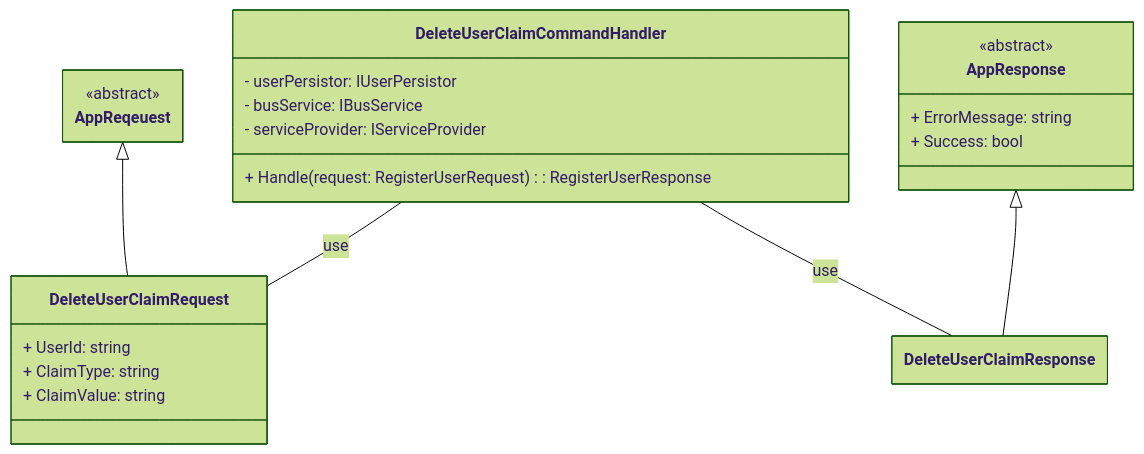
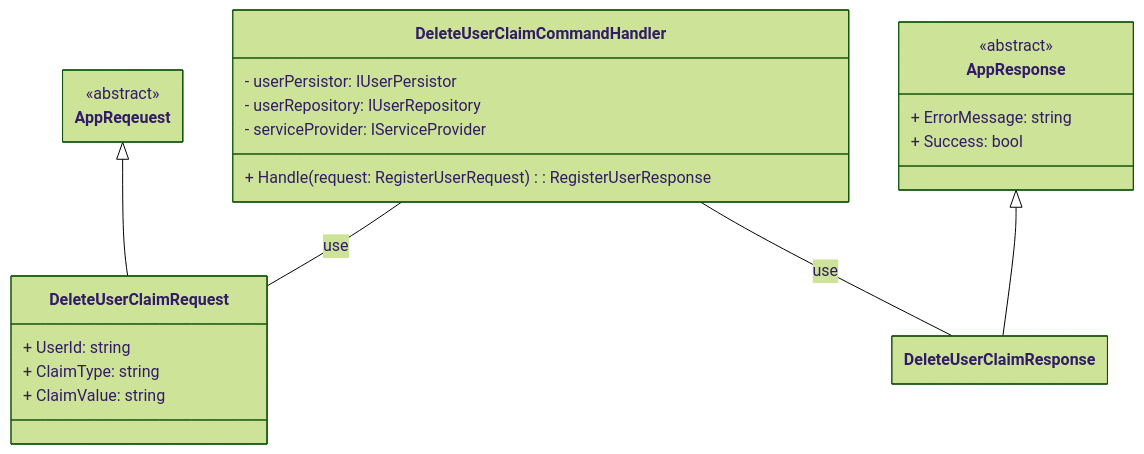
One commit to sdlfly2000/AuthenticationServer changed the second of 2 diagrams in UML/Application/Application.Service.DeleteUserClaimCommandHandler.md. Above: the diagram before and after it, drawn with Mermaid (forest theme). The commit also changed other lines of this file, not shown here.

Commit message:
#24 Update UML

````diff
--- a/UML/Application/Application.Service.DeleteUserClaimCommandHandler.md
+++ b/UML/Application/Application.Service.DeleteUserClaimCommandHandler.md
@@ -21,43 +24,43 @@
 ```mermaid
 ---
 config:
     class:
         hideEmptyMembersBox: true
 ---
 
 classDiagram
     %%{Class Definition}%%
 
     class AppReqeuest {
         <<abstract>>
     }
 
     class AppResponse {
         <<abstract>>
         + ErrorMessage: string
         + Success: bool
     }
 
     class DeleteUserClaimCommandHandler {
         - userPersistor: IUserPersistor
-        - busService: IBusService
+        - userRepository: IUserRepository
         - serviceProvider: IServiceProvider
         + Handle(request: RegisterUserRequest): RegisterUserResponse
     }
 
     class DeleteUserClaimRequest { 
         + UserId: string
         + ClaimType: string
         + ClaimValue: string
     }
 
     class DeleteUserClaimResponse {
     }
 
     %%{Class Relationship}%%
     DeleteUserClaimCommandHandler --  DeleteUserClaimRequest : use
     DeleteUserClaimCommandHandler --  DeleteUserClaimResponse : use
     AppReqeuest <|-- DeleteUserClaimRequest
     AppResponse <|-- DeleteUserClaimResponse
 
 ```
````
